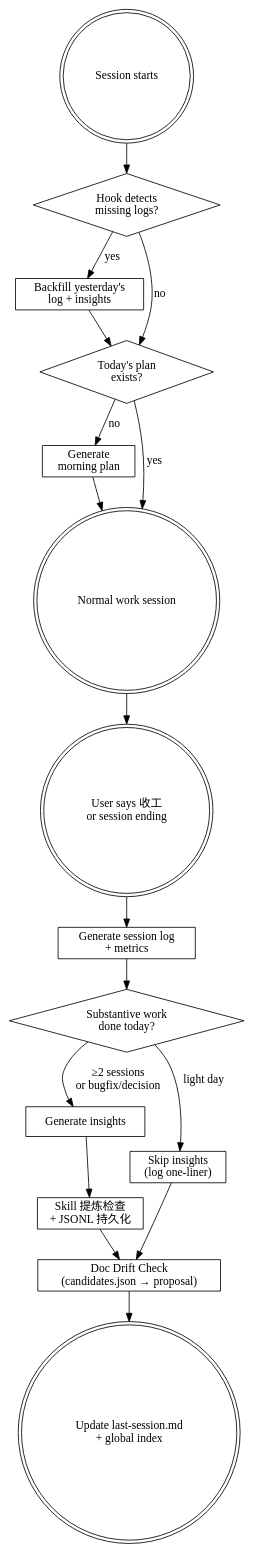
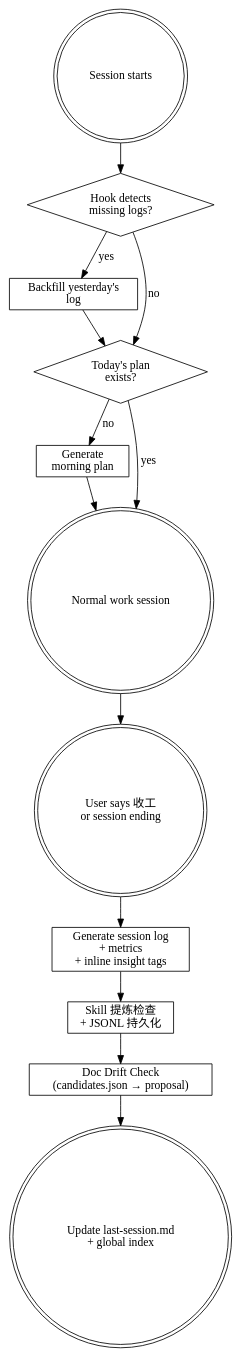
The diagram in SKILL.md (lixiaojie/dev-horcrux), drawn with Graphviz before and after one commit. The commit also changed other lines of this file and 1 other file, not shown here.

First line of the commit message:
feat: dev-horcrux v2.0.0 — insights 从独立文件降级为 dev-log 内联标签

````diff
--- a/SKILL.md
+++ b/SKILL.md
@@ -30,38 +30,31 @@
 ```dot
 digraph dev_journal {
   rankdir=TB;
   node [shape=box];
 
   session_start [label="Session starts" shape=doublecircle];
   hook_check [label="Hook detects\nmissing logs?" shape=diamond];
-  backfill [label="Backfill yesterday's\nlog + insights"];
+  backfill [label="Backfill yesterday's\nlog"];
   plan_exists [label="Today's plan\nexists?" shape=diamond];
   gen_plan [label="Generate\nmorning plan"];
   work [label="Normal work session" shape=doublecircle];
   session_end [label="User says 收工\nor session ending" shape=doublecircle];
-  gen_log [label="Generate session log\n+ metrics"];
-  insights_check [label="Substantive work\ndone today?" shape=diamond];
-  gen_insights [label="Generate insights"];
+  gen_log [label="Generate session log\n+ metrics\n+ inline insight tags"];
   skill_check [label="Skill 提炼检查\n+ JSONL 持久化"];
   drift_check [label="Doc Drift Check\n(candidates.json → proposal)"];
-  skip_insights [label="Skip insights\n(log one-liner)"];
   done [label="Update last-session.md\n+ global index" shape=doublecircle];
 
   session_start -> hook_check;
   hook_check -> backfill [label="yes"];
   hook_check -> plan_exists [label="no"];
   backfill -> plan_exists;
   plan_exists -> gen_plan [label="no"];
   plan_exists -> work [label="yes"];
   gen_plan -> work;
   work -> session_end;
   session_end -> gen_log;
-  gen_log -> insights_check;
-  insights_check -> gen_insights [label="≥2 sessions\nor bugfix/decision"];
-  insights_check -> skip_insights [label="light day"];
-  gen_insights -> skill_check;
+  gen_log -> skill_check;
   skill_check -> drift_check;
-  skip_insights -> drift_check;
   drift_check -> done;
 }
 ```
````
